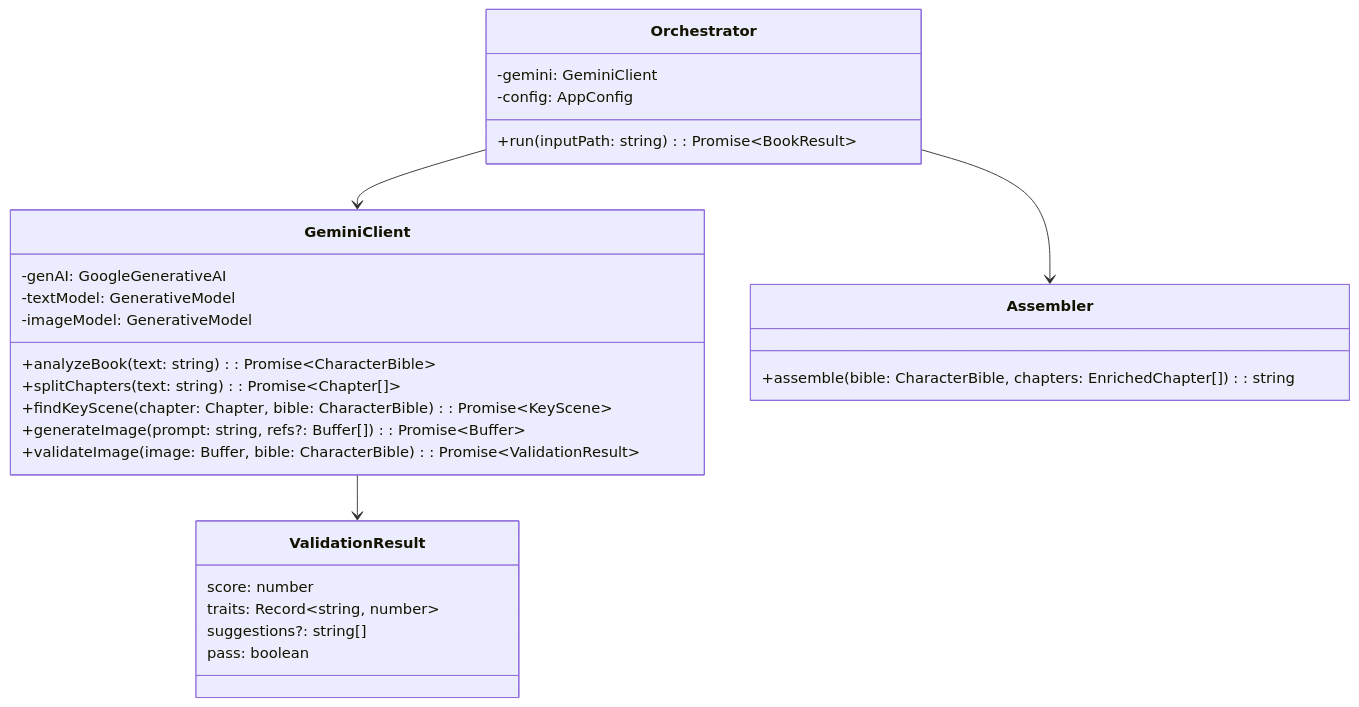
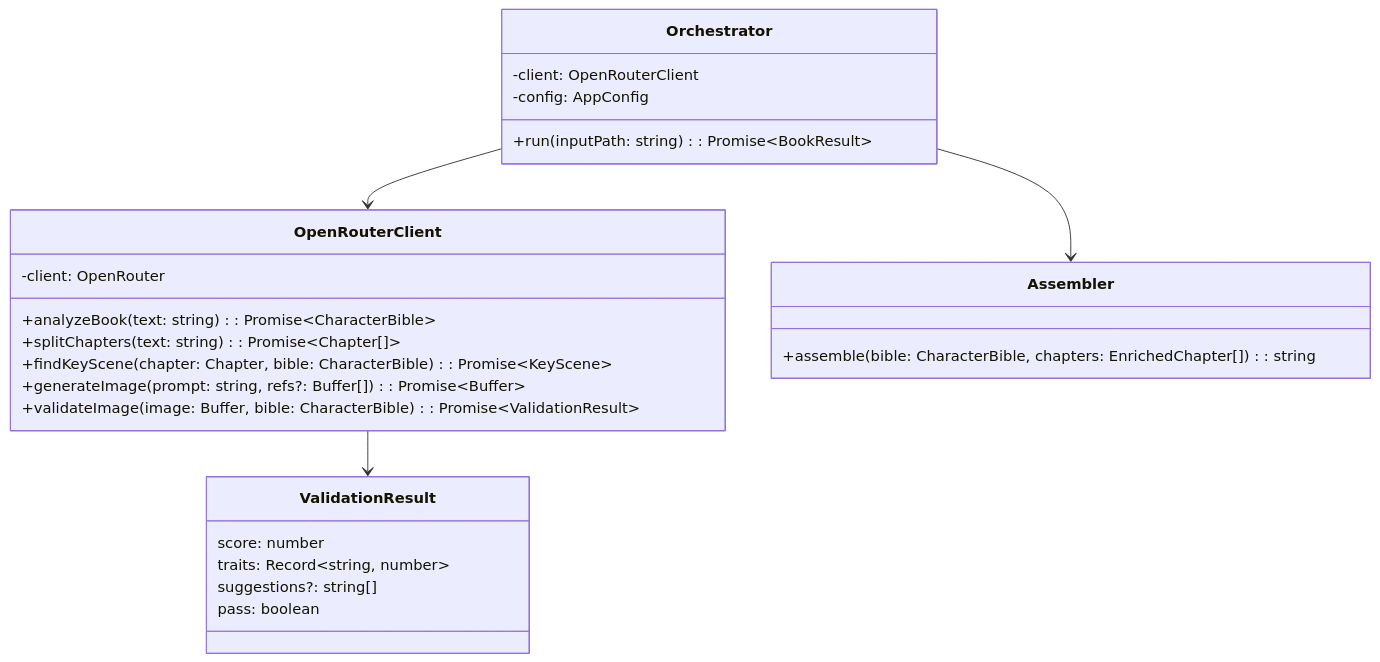
The third of 5 diagrams in docs/architecture.md (tormozz48/Illustrator), drawn with Mermaid before and after one commit. The commit also changed other lines of this file and 13 other files, not shown here.

First line of the commit message:
Replace Gemini SDK with OpenRouter adapter

````diff
--- a/docs/architecture.md
+++ b/docs/architecture.md
@@ -81,34 +81,32 @@
 ```mermaid
 classDiagram
-    class GeminiClient {
-        -genAI: GoogleGenerativeAI
-        -textModel: GenerativeModel
-        -imageModel: GenerativeModel
+    class OpenRouterClient {
+        -client: OpenRouter
         +analyzeBook(text: string): Promise~CharacterBible~
         +splitChapters(text: string): Promise~Chapter[]~
         +findKeyScene(chapter: Chapter, bible: CharacterBible): Promise~KeyScene~
         +generateImage(prompt: string, refs?: Buffer[]): Promise~Buffer~
         +validateImage(image: Buffer, bible: CharacterBible): Promise~ValidationResult~
     }
 
     class ValidationResult {
         score: number
         traits: Record~string, number~
         suggestions?: string[]
         pass: boolean
     }
 
     class Orchestrator {
-        -gemini: GeminiClient
+        -client: OpenRouterClient
         -config: AppConfig
         +run(inputPath: string): Promise~BookResult~
     }
 
     class Assembler {
         +assemble(bible: CharacterBible, chapters: EnrichedChapter[]): string
     }
 
-    Orchestrator --> GeminiClient
+    Orchestrator --> OpenRouterClient
     Orchestrator --> Assembler
-    GeminiClient --> ValidationResult
+    OpenRouterClient --> ValidationResult
 ```
````
